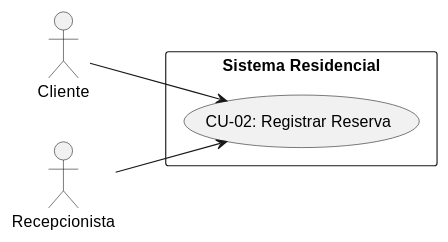
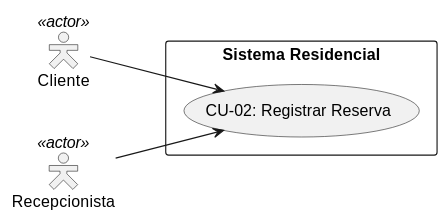
One commit to Tsmrain/GestionSistemas changed the sixth of 36 diagrams in RefactorV4.md. Above: the diagram before and after it, drawn with PlantUML. The commit also changed other lines of this file and 1 other file, not shown here.

Commit message:
refactor: enhance UML diagrams with GRASP stereotypes, layer annotations, and updated sequence interactions.

````diff
--- a/RefactorV4.md
+++ b/RefactorV4.md
@@ -487,12 +515,13 @@
 ```plantuml
 @startuml
 left to right direction
-actor "Cliente" as Cliente
-actor "Recepcionista" as Recepcionista
+skinparam actorStyle hollow
+actor "Cliente" as Cliente <<actor>>
+actor "Recepcionista" as Recepcionista <<actor>>
 rectangle "Sistema Residencial" {
   usecase "CU-02: Registrar Reserva" as CU02
 }
 Cliente --> CU02
 Recepcionista --> CU02
 @enduml
 ```
````
